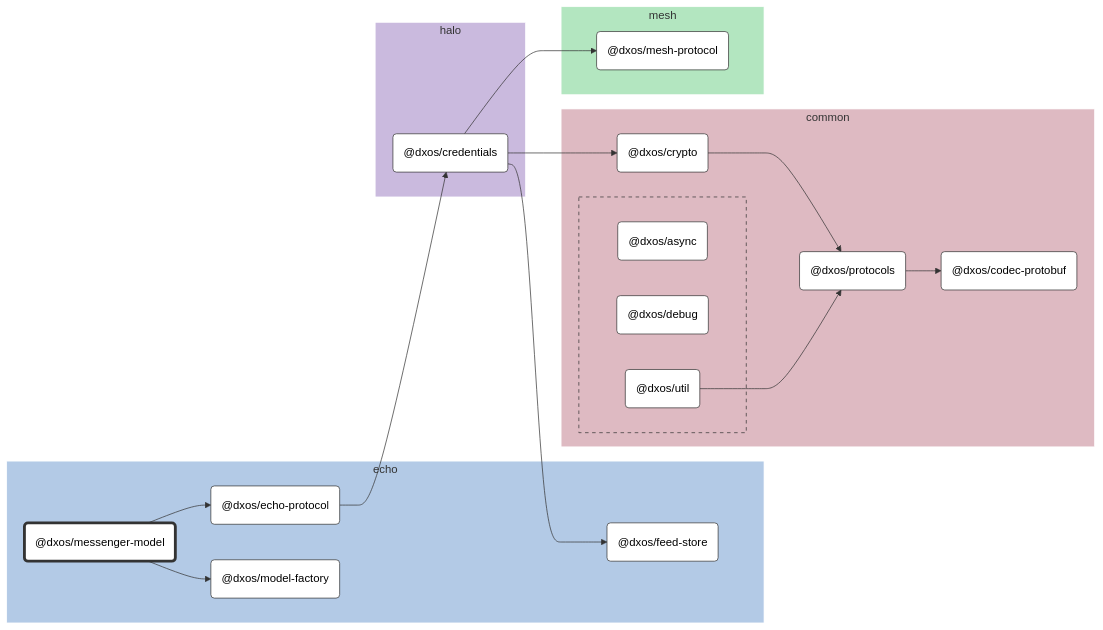
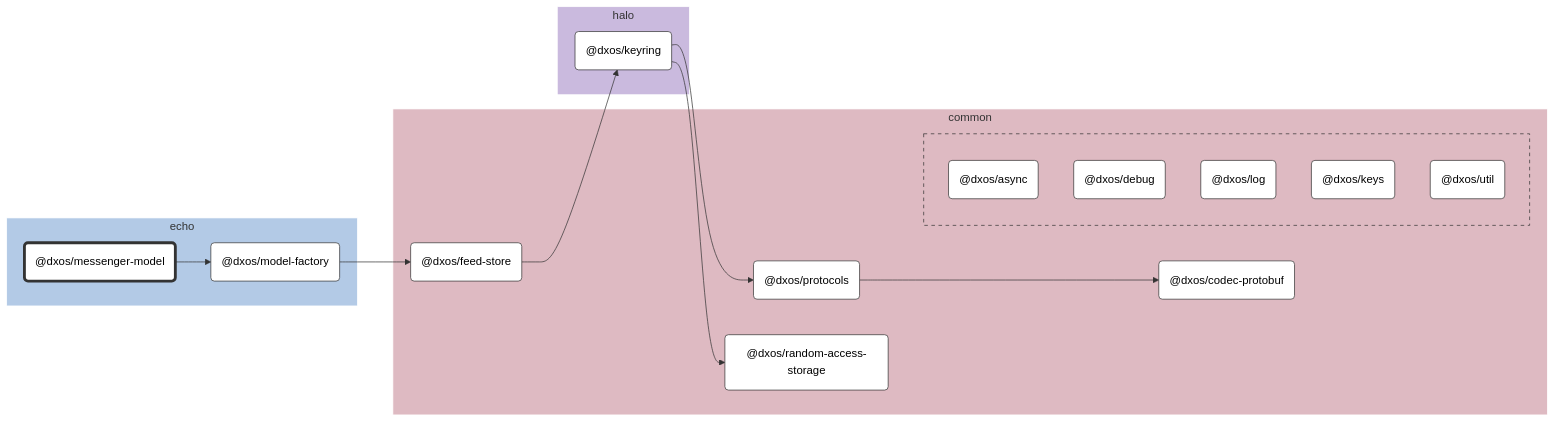
The diagram in packages/echo/messenger-model/docs/README.md (dxos/dxos), drawn with Mermaid (forest theme) before and after one commit. The commit also changed other lines of this file and 52 other files, not shown here.

````diff
--- a/packages/echo/messenger-model/docs/README.md
+++ b/packages/echo/messenger-model/docs/README.md
@@ -7,67 +7,60 @@
 ```mermaid
 %%{ init: {'flowchart':{'curve':'basis'}} }%%
 
 flowchart LR
 
 %% Classes
 classDef def fill:#fff,stroke:#333,stroke-width:1px
 classDef root fill:#fff,stroke:#333,stroke-width:4px
 
 %% Nodes
 
 subgraph echo [echo]
   style echo fill:#b3cae6,stroke:#fff
   dxos/messenger-model("@dxos/messenger-model"):::root
   click dxos/messenger-model "dxos/dxos/tree/main/packages/echo/messenger-model/docs"
-  dxos/echo-protocol("@dxos/echo-protocol"):::def
-  click dxos/echo-protocol "dxos/dxos/tree/main/packages/echo/echo-protocol/docs"
-  dxos/feed-store("@dxos/feed-store"):::def
-  click dxos/feed-store "dxos/dxos/tree/main/packages/echo/feed-store/docs"
   dxos/model-factory("@dxos/model-factory"):::def
   click dxos/model-factory "dxos/dxos/tree/main/packages/echo/model-factory/docs"
 end
 
 subgraph common [common]
   style common fill:#debac2,stroke:#fff
   dxos/codec-protobuf("@dxos/codec-protobuf"):::def
   click dxos/codec-protobuf "dxos/dxos/tree/main/packages/common/codec-protobuf/docs"
-  dxos/crypto("@dxos/crypto"):::def
-  click dxos/crypto "dxos/dxos/tree/main/packages/common/crypto/docs"
+  dxos/feed-store("@dxos/feed-store"):::def
+  click dxos/feed-store "dxos/dxos/tree/main/packages/common/feed-store/docs"
   dxos/protocols("@dxos/protocols"):::def
   click dxos/protocols "dxos/dxos/tree/main/packages/common/protocols/docs"
+  dxos/random-access-storage("@dxos/random-access-storage"):::def
+  click dxos/random-access-storage "dxos/dxos/tree/main/packages/common/random-access-storage/docs"
 
   subgraph common-excluded [ ]
     style common-excluded fill:#debac2,stroke:#333,stroke-dasharray:5 5
     dxos/async("@dxos/async"):::def
     click dxos/async "dxos/dxos/tree/main/packages/common/async/docs"
     dxos/debug("@dxos/debug"):::def
     click dxos/debug "dxos/dxos/tree/main/packages/common/debug/docs"
+    dxos/log("@dxos/log"):::def
+    click dxos/log "dxos/dxos/tree/main/packages/common/log/docs"
+    dxos/keys("@dxos/keys"):::def
+    click dxos/keys "dxos/dxos/tree/main/packages/common/keys/docs"
     dxos/util("@dxos/util"):::def
     click dxos/util "dxos/dxos/tree/main/packages/common/util/docs"
   end
 end
 
 subgraph halo [halo]
   style halo fill:#cabade,stroke:#fff
-  dxos/credentials("@dxos/credentials"):::def
-  click dxos/credentials "dxos/dxos/tree/main/packages/halo/credentials/docs"
-end
-
-subgraph mesh [mesh]
-  style mesh fill:#b3e6c0,stroke:#fff
-  dxos/mesh-protocol("@dxos/mesh-protocol"):::def
-  click dxos/mesh-protocol "dxos/dxos/tree/main/packages/mesh/mesh-protocol/docs"
+  dxos/keyring("@dxos/keyring"):::def
+  click dxos/keyring "dxos/dxos/tree/main/packages/halo/keyring/docs"
 end
 
 %% Links
 linkStyle default stroke:#333,stroke-width:1px
-dxos/messenger-model --> dxos/echo-protocol
-dxos/echo-protocol --> dxos/credentials
-dxos/credentials --> dxos/crypto
-dxos/crypto --> dxos/protocols
+dxos/messenger-model --> dxos/model-factory
+dxos/model-factory --> dxos/feed-store
+dxos/feed-store --> dxos/keyring
+dxos/keyring --> dxos/protocols
 dxos/protocols --> dxos/codec-protobuf
-dxos/credentials --> dxos/feed-store
-dxos/util --> dxos/protocols
-dxos/credentials --> dxos/mesh-protocol
-dxos/messenger-model --> dxos/model-factory
+dxos/keyring --> dxos/random-access-storage
 ```
````
